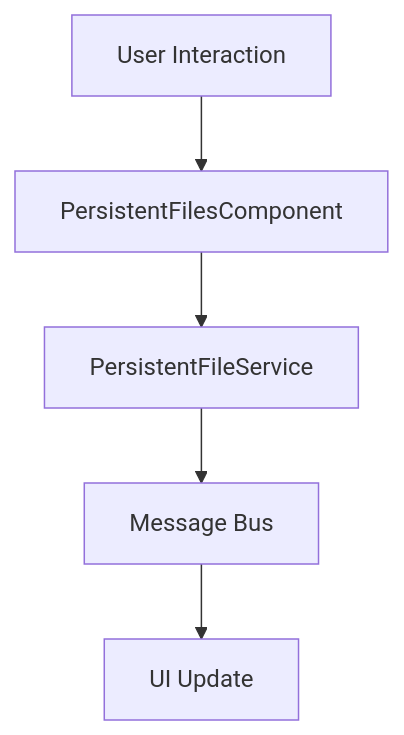
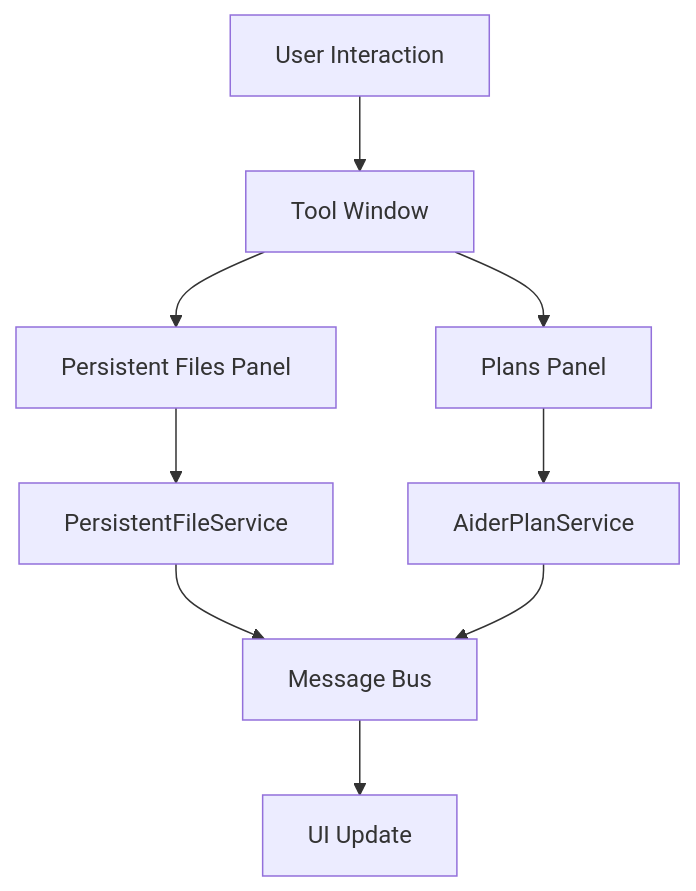
Before and after one commit to p-wegner/coding-aider: the diagram in src/main/kotlin/de/andrena/codingaider/toolwindow/toolwindow.md, drawn with Mermaid. The commit also changed other lines of this file, not shown here.

Commit message:
docs: Update toolwindow.md to reflect current Coding Aider tool window architecture

````diff
--- a/src/main/kotlin/de/andrena/codingaider/toolwindow/toolwindow.md
+++ b/src/main/kotlin/de/andrena/codingaider/toolwindow/toolwindow.md
@@ -41,7 +57,11 @@
 ```mermaid
 graph TD
-    User[User Interaction] --> PersistentFilesComponent
-    PersistentFilesComponent --> PersistentFileService[PersistentFileService]
-    PersistentFileService --> MessageBus[Message Bus]
+    User[User Interaction] --> ToolWindow[Tool Window]
+    ToolWindow --> PersistentFiles[Persistent Files Panel]
+    ToolWindow --> Plans[Plans Panel]
+    PersistentFiles --> FileService[PersistentFileService]
+    Plans --> PlanService[AiderPlanService]
+    FileService --> MessageBus[Message Bus]
+    PlanService --> MessageBus
     MessageBus --> UI[UI Update]
 ```
````
